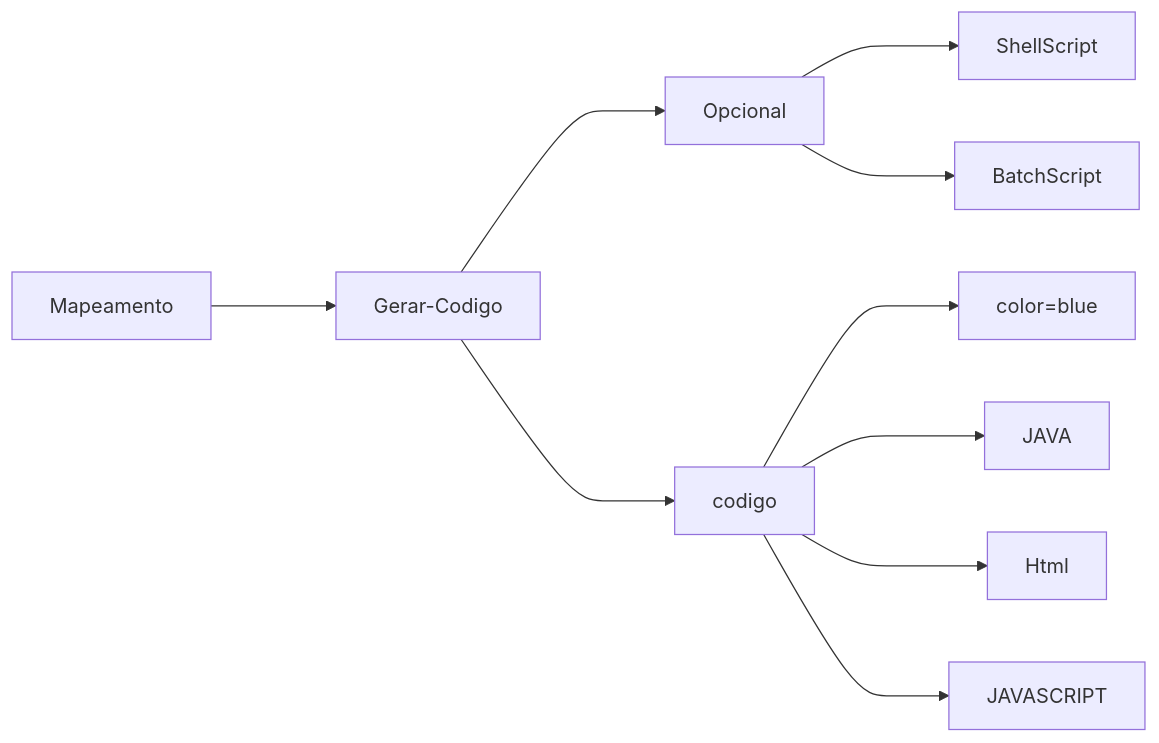
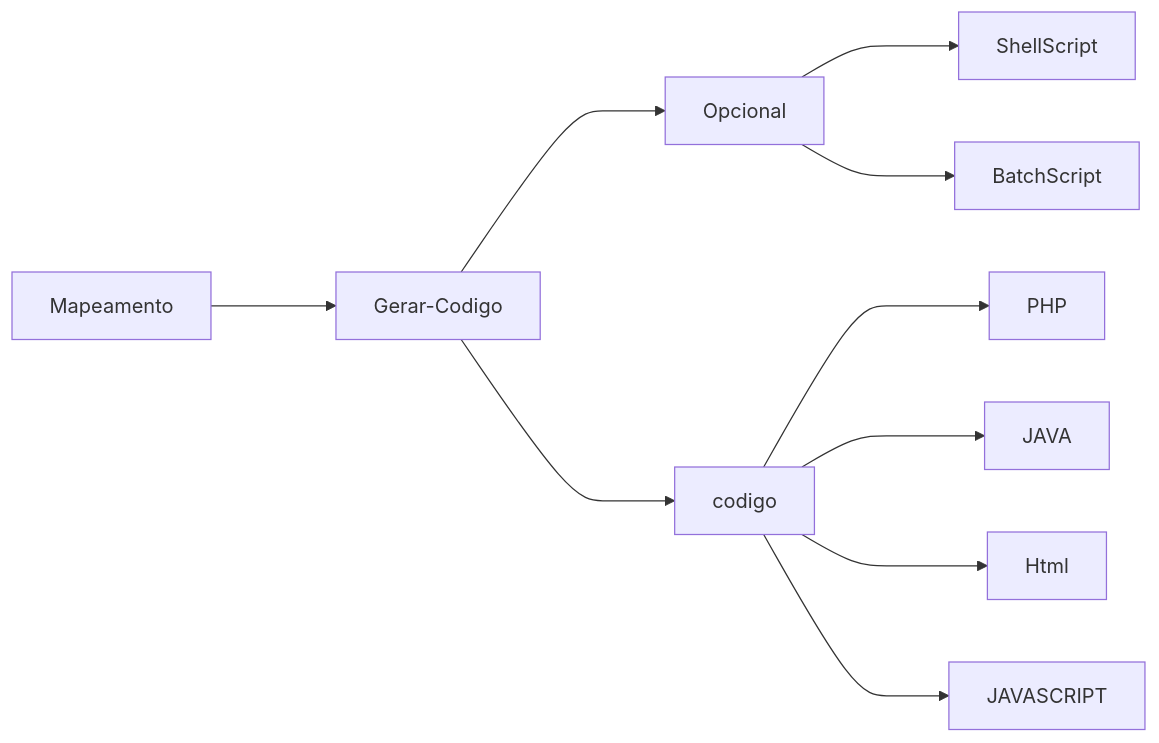
One commit to HamiltonVentura/MapperIdea-PHP changed the diagram in README.md. Above: the diagram before and after it, drawn with Mermaid.

````diff
--- a/README.md
+++ b/README.md
@@ -33,12 +33,12 @@
 ```mermaid
 flowchart LR
     Mapeamento ---> Gerar-Codigo ---> Opcional ---> ShellScript;
     Opcional ---> BatchScript;
      Gerar-Codigo ---> codigo;
 
-    codigo --->PHP[color=blue];
+    codigo --->PHP;
     codigo --->JAVA;
     codigo --->Html;
     codigo --->JAVASCRIPT
      
 ```
````
